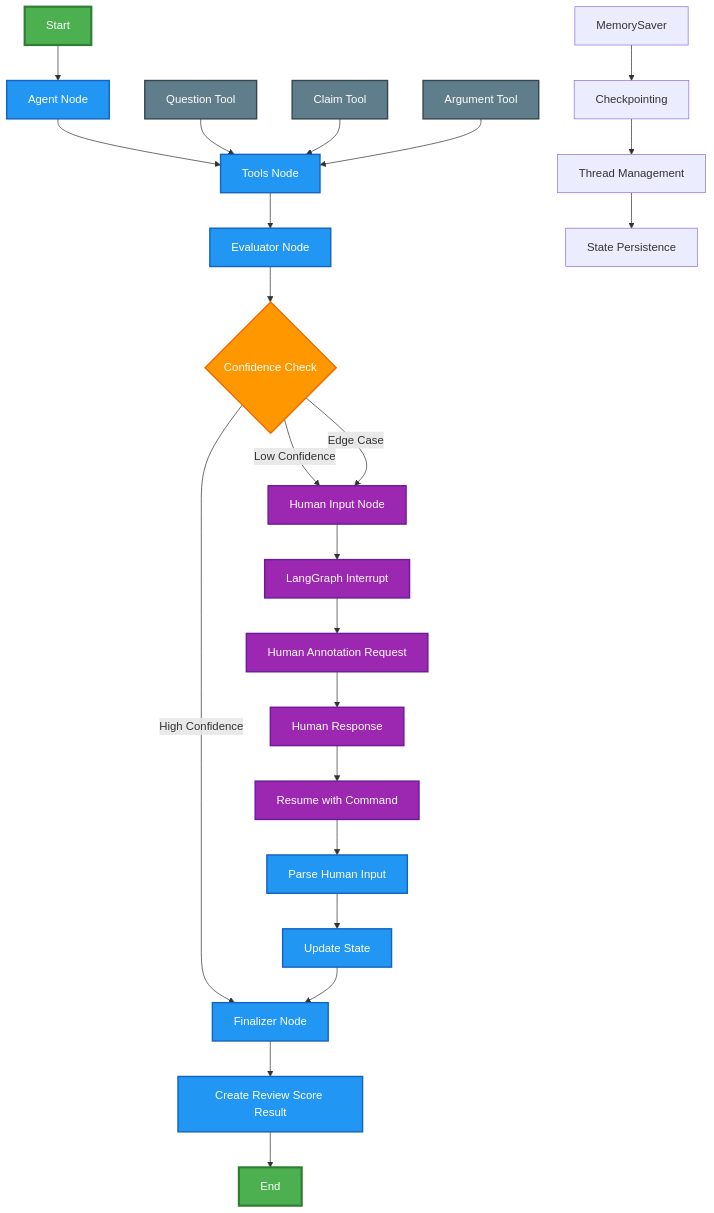
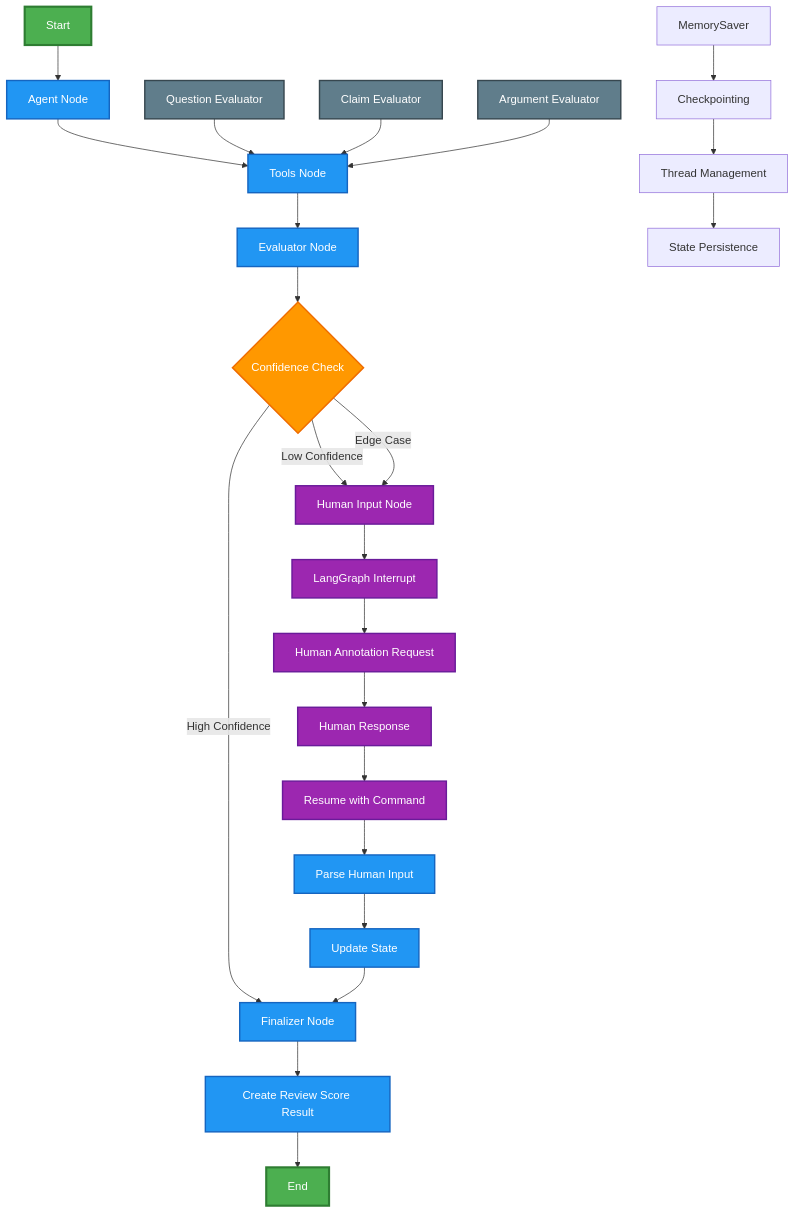
Before and after one commit to ashhadahsan/review-score: the second of 3 diagrams in README.md, drawn with Mermaid. The commit also changed other lines of this file, not shown here.

````diff
--- a/README.md
+++ b/README.md
@@ -106,49 +106,49 @@
 ```mermaid
 graph TD
     %% LangGraph Agent Workflow
     A[Start] --> B[Agent Node]
     B --> C[Tools Node]
     C --> D[Evaluator Node]
     D --> E{Confidence Check}
 
     %% Human-in-the-Loop Decision
     E -->|High Confidence| F[Finalizer Node]
     E -->|Low Confidence| G[Human Input Node]
     E -->|Edge Case| G
 
     %% Human Input Process
     G --> H[LangGraph Interrupt]
     H --> I[Human Annotation Request]
     I --> J[Human Response]
     J --> K[Resume with Command]
     K --> L[Parse Human Input]
     L --> M[Update State]
     M --> F
 
     %% Finalization
     F --> N[Create Review Score Result]
     N --> O[End]
 
     %% State Management
     P[MemorySaver] --> Q[Checkpointing]
     Q --> R[Thread Management]
     R --> S[State Persistence]
 
-    %% Tool Integration
-    T[Question Tool] --> C
-    U[Claim Tool] --> C
-    V[Argument Tool] --> C
+    %% Evaluation Methods
+    T[Question Evaluator] --> C
+    U[Claim Evaluator] --> C
+    V[Argument Evaluator] --> C
 
     %% Styling
     classDef startEnd fill:#4caf50,stroke:#2e7d32,stroke-width:3px,color:#fff
     classDef process fill:#2196f3,stroke:#1565c0,stroke-width:2px,color:#fff
     classDef decision fill:#ff9800,stroke:#ef6c00,stroke-width:2px,color:#fff
     classDef human fill:#9c27b0,stroke:#6a1b9a,stroke-width:2px,color:#fff
-    classDef tool fill:#607d8b,stroke:#37474f,stroke-width:2px,color:#fff
+    classDef evaluator fill:#607d8b,stroke:#37474f,stroke-width:2px,color:#fff
 
     class A,O startEnd
     class B,C,D,F,L,M,N process
     class E decision
     class G,H,I,J,K human
-    class T,U,V tool
+    class T,U,V evaluator
 ```
````
